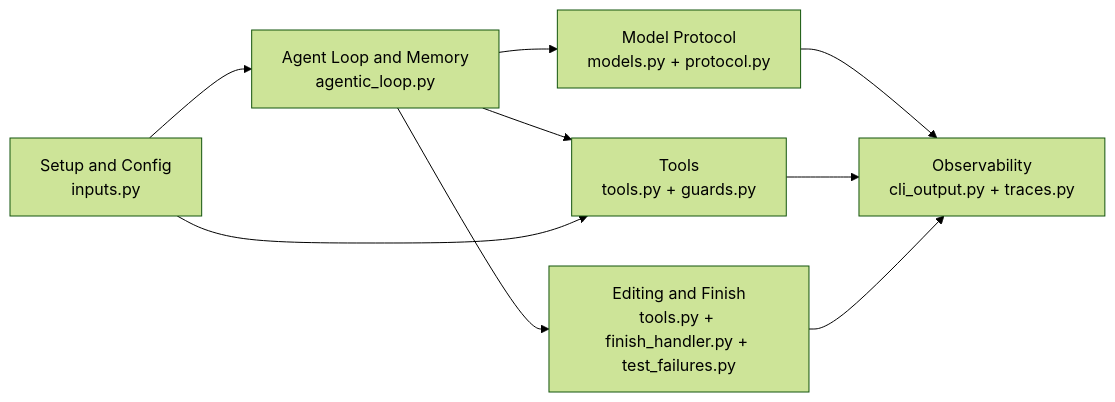
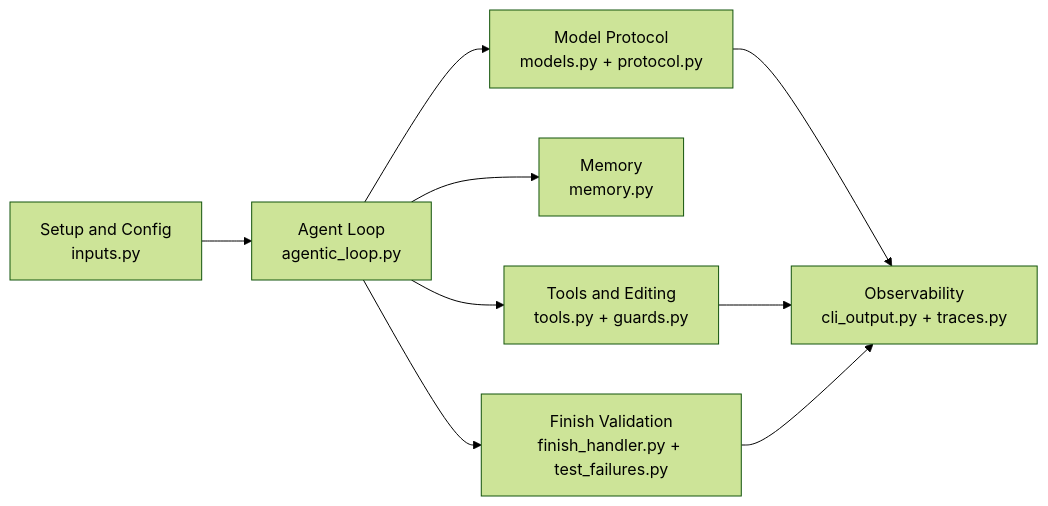
The second of 2 diagrams in README.md (mtov/ark), drawn with Mermaid (forest theme) before and after one commit. The commit also changed other lines of this file, not shown here.

````diff
--- a/README.md
+++ b/README.md
@@ -212,11 +302,11 @@
 ```mermaid
 flowchart LR
-    A["Setup and Config<br/>inputs.py"] --> B["Agent Loop and Memory<br/>agentic_loop.py"]
+    A["Setup and Config<br/>inputs.py"] --> B["Agent Loop<br/>agentic_loop.py"]
     B --> C["Model Protocol<br/>models.py + protocol.py"]
-    B --> D["Tools<br/>tools.py + guards.py"]
-    B --> E["Editing and Finish<br/>tools.py + finish_handler.py + test_failures.py"]
-    A --> D
+    B --> D["Memory<br/>memory.py"]
+    B --> E["Tools and Editing<br/>tools.py + guards.py"]
+    B --> G["Finish Validation<br/>finish_handler.py + test_failures.py"]
     C --> F["Observability<br/>cli_output.py + traces.py"]
-    D --> F
     E --> F
+    G --> F
 ```
````
